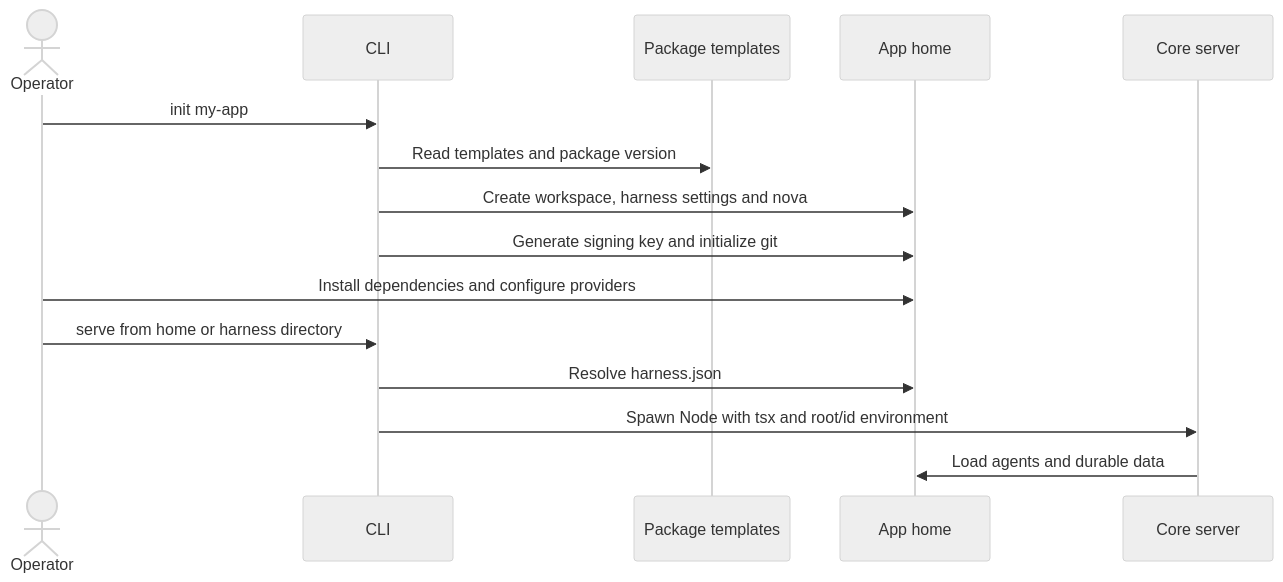
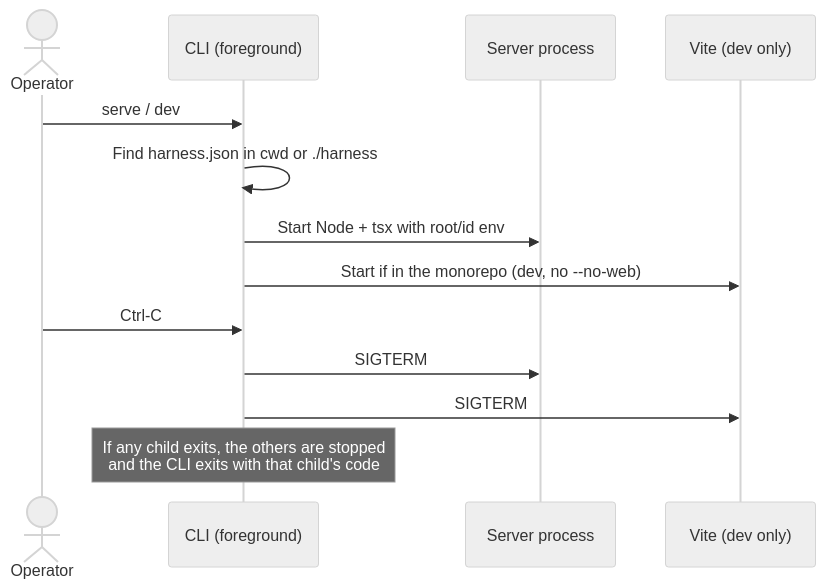
Before and after one commit to cognisphere-sh/cognisphere-harness: the second of 2 diagrams in docs/low-level/cli.md, drawn with Mermaid (neutral theme). The commit also changed other lines of this file and 19 other files, not shown here.

First line of the commit message:
Update core implementation roadmap with revised delivery order and agent configuration details

````diff
--- a/docs/low-level/cli.md
+++ b/docs/low-level/cli.md
@@ -21,17 +90,15 @@
 ```mermaid
 sequenceDiagram
     actor Operator
-    participant CLI
-    participant Package as Package templates
-    participant Home as App home
-    participant Server as Core server
-    Operator->>CLI: init my-app
-    CLI->>Package: Read templates and package version
-    CLI->>Home: Create workspace, harness settings and nova
-    CLI->>Home: Generate signing key and initialize git
-    Operator->>Home: Install dependencies and configure providers
-    Operator->>CLI: serve from home or harness directory
-    CLI->>Home: Resolve harness.json
-    CLI->>Server: Spawn Node with tsx and root/id environment
-    Server->>Home: Load agents and durable data
+    participant CLI as CLI (foreground)
+    participant Backend as Server process
+    participant Vite as Vite (dev only)
+    Operator->>CLI: serve / dev
+    CLI->>CLI: Find harness.json in cwd or ./harness
+    CLI->>Backend: Start Node + tsx with root/id env
+    CLI->>Vite: Start if in the monorepo (dev, no --no-web)
+    Operator->>CLI: Ctrl-C
+    CLI->>Backend: SIGTERM
+    CLI->>Vite: SIGTERM
+    Note over CLI: If any child exits, the others are stopped<br/>and the CLI exits with that child's code
 ```
````
